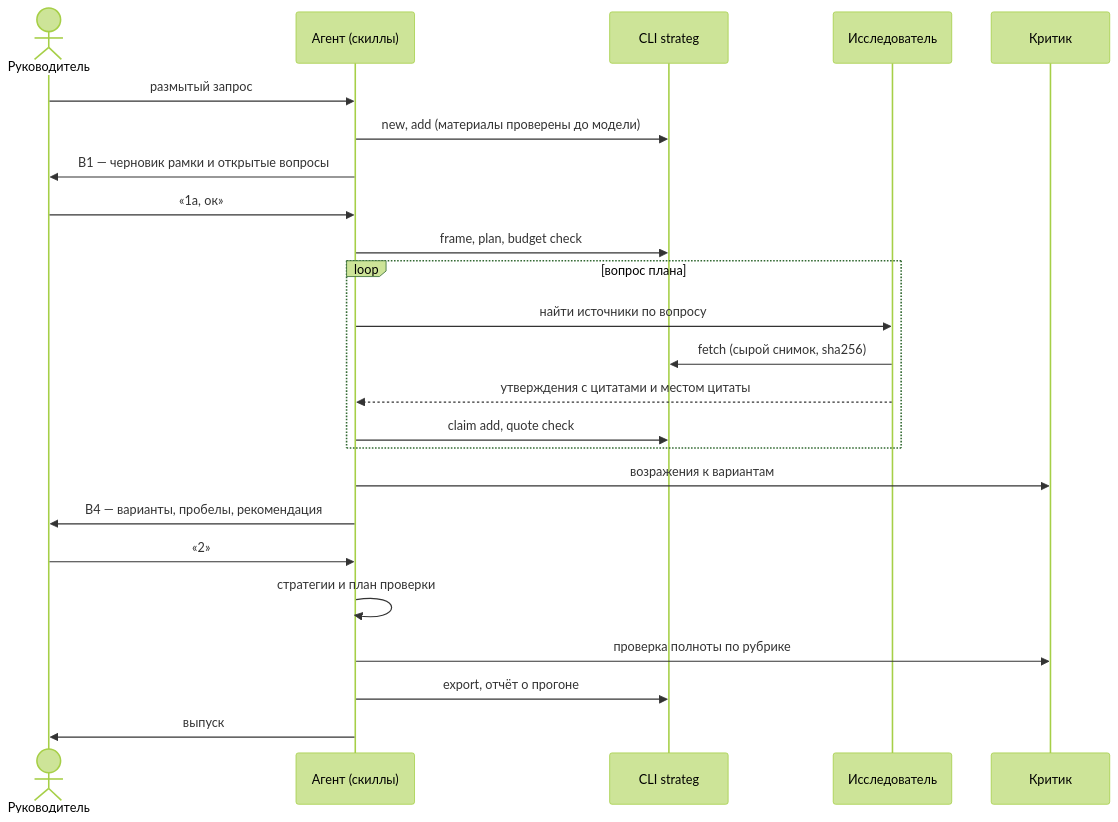
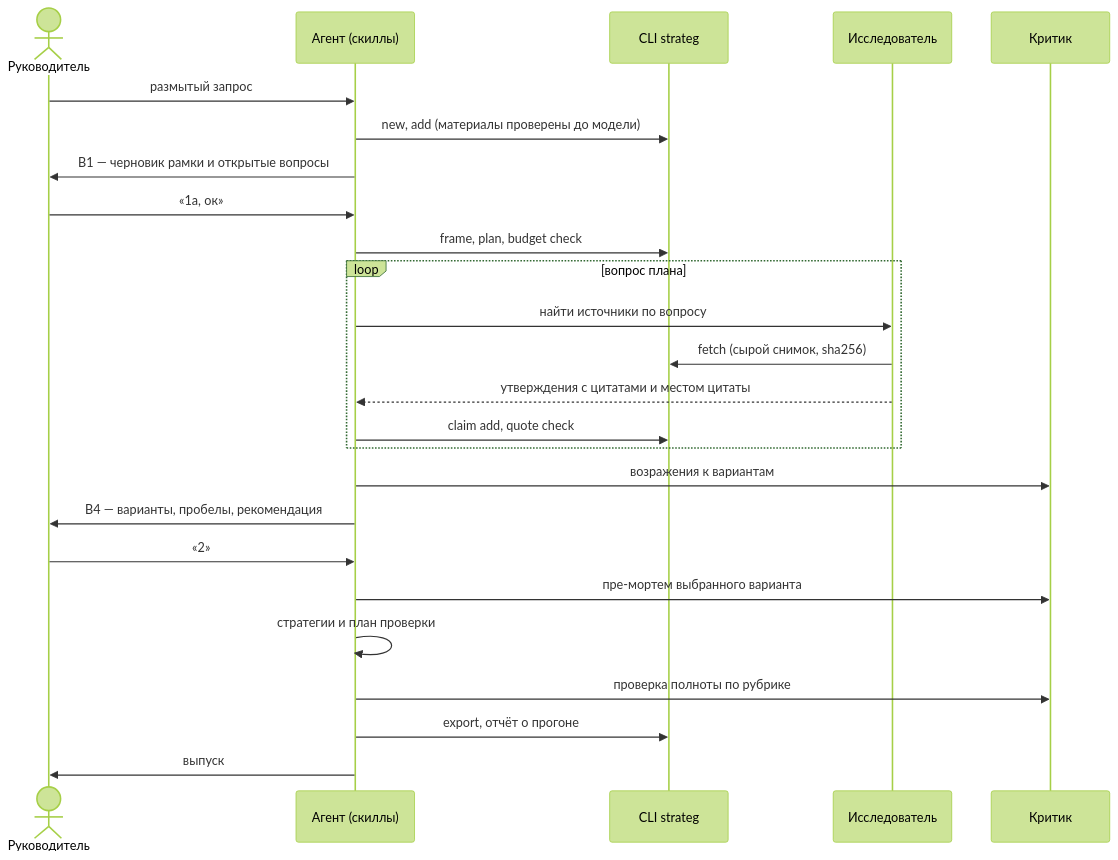
Before and after one commit to FlosVacui/strateg-agent: the third of 3 diagrams in docs/architecture.md, drawn with Mermaid (forest theme). The commit also changed other lines of this file and 16 other files, not shown here.

````diff
--- a/docs/architecture.md
+++ b/docs/architecture.md
@@ -125,26 +125,27 @@
 ```mermaid
 sequenceDiagram
   actor PM as Руководитель
   participant AG as Агент (скиллы)
   participant CLI as CLI strateg
   participant R as Исследователь
   participant CR as Критик
   PM->>AG: размытый запрос
   AG->>CLI: new, add (материалы проверены до модели)
   AG->>PM: В1 — черновик рамки и открытые вопросы
   PM->>AG: «1а, ок»
   AG->>CLI: frame, plan, budget check
   loop вопрос плана
     AG->>R: найти источники по вопросу
     R->>CLI: fetch (сырой снимок, sha256)
     R-->>AG: утверждения с цитатами и местом цитаты
     AG->>CLI: claim add, quote check
   end
   AG->>CR: возражения к вариантам
   AG->>PM: В4 — варианты, пробелы, рекомендация
   PM->>AG: «2»
+  AG->>CR: пре-мортем выбранного варианта
   AG->>AG: стратегии и план проверки
   AG->>CR: проверка полноты по рубрике
   AG->>CLI: export, отчёт о прогоне
   AG->>PM: выпуск
 ```
````
